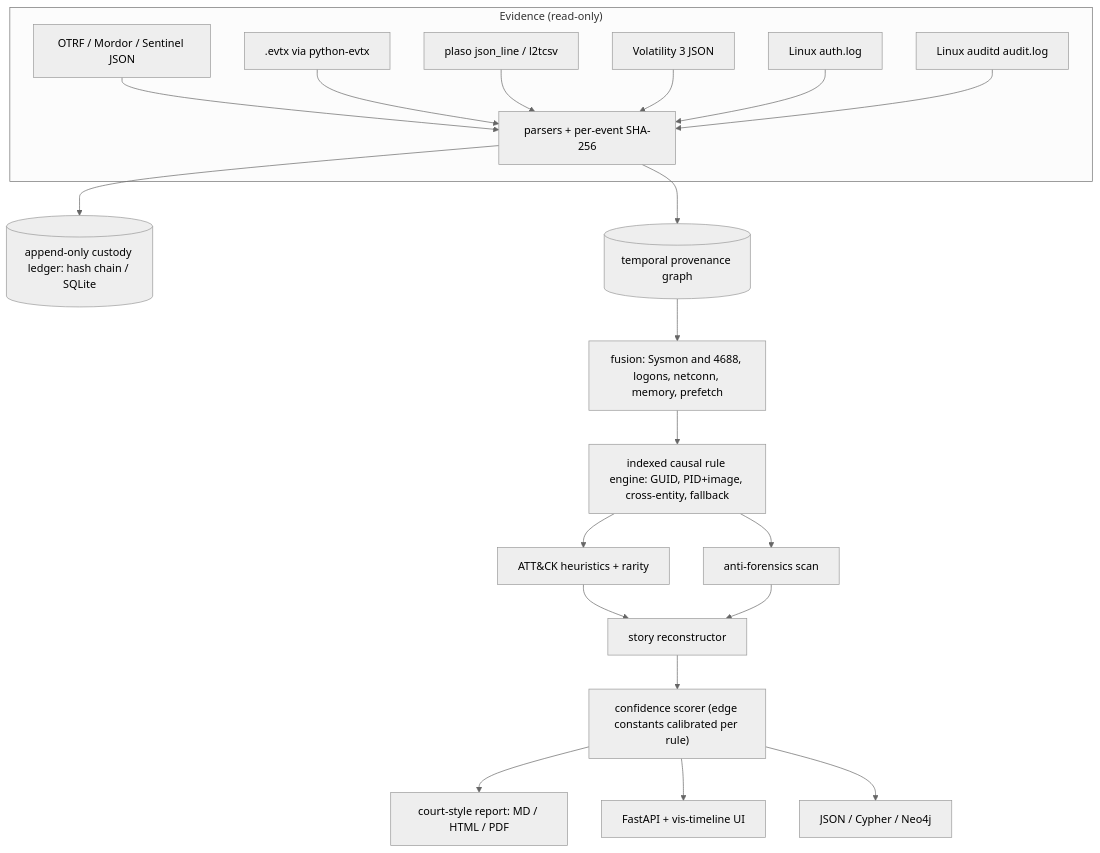
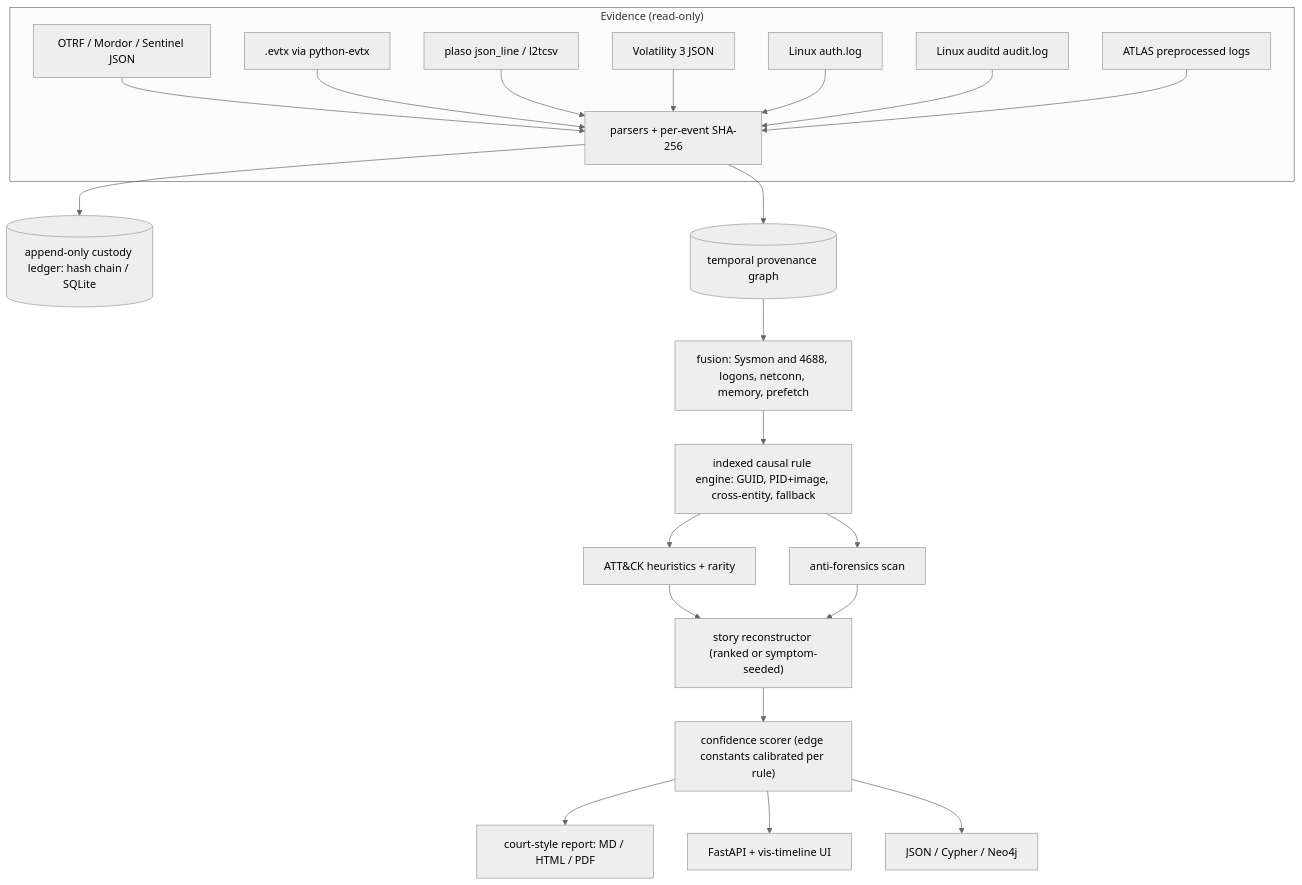
One commit to rakshit-737/revenant changed the diagram in README.md. Above: the diagram before and after it, drawn with Mermaid (neutral theme). The commit also changed other lines of this file and 7 other files, not shown here.

````diff
--- a/README.md
+++ b/README.md
@@ -93,23 +97,24 @@
 ```mermaid
 flowchart TB
   subgraph Evidence["Evidence (read-only)"]
     OTRF["OTRF / Mordor / Sentinel JSON"] --> P
     EVTX[".evtx via python-evtx"] --> P
     PL["plaso json_line / l2tcsv"] --> P
     VOL["Volatility 3 JSON"] --> P
     AUTH["Linux auth.log"] --> P
     AUD["Linux auditd audit.log"] --> P
+    ATL["ATLAS preprocessed logs"] --> P
   end
   P["parsers + per-event SHA-256"] --> L[("append-only custody ledger: hash chain / SQLite")]
   P --> G[("temporal provenance graph")]
   G --> F["fusion: Sysmon and 4688, logons, netconn, memory, prefetch"]
   F --> R["indexed causal rule engine: GUID, PID+image, cross-entity, fallback"]
   R --> AF["anti-forensics scan"]
   R --> AT["ATT&CK heuristics + rarity"]
-  AT --> S["story reconstructor"]
+  AT --> S["story reconstructor (ranked or symptom-seeded)"]
   AF --> S
   S --> C["confidence scorer (edge constants calibrated per rule)"]
   C --> REP["court-style report: MD / HTML / PDF"]
   C --> API["FastAPI + vis-timeline UI"]
   C --> NEO["JSON / Cypher / Neo4j"]
 ```
````
